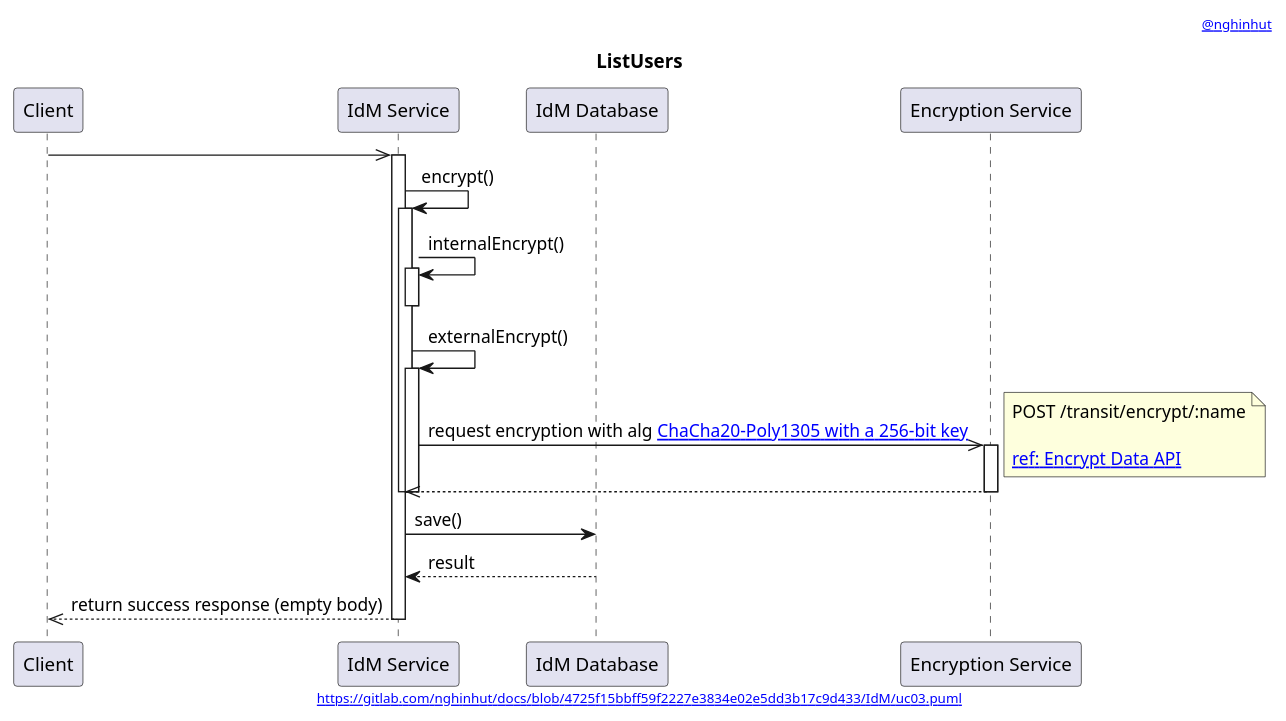
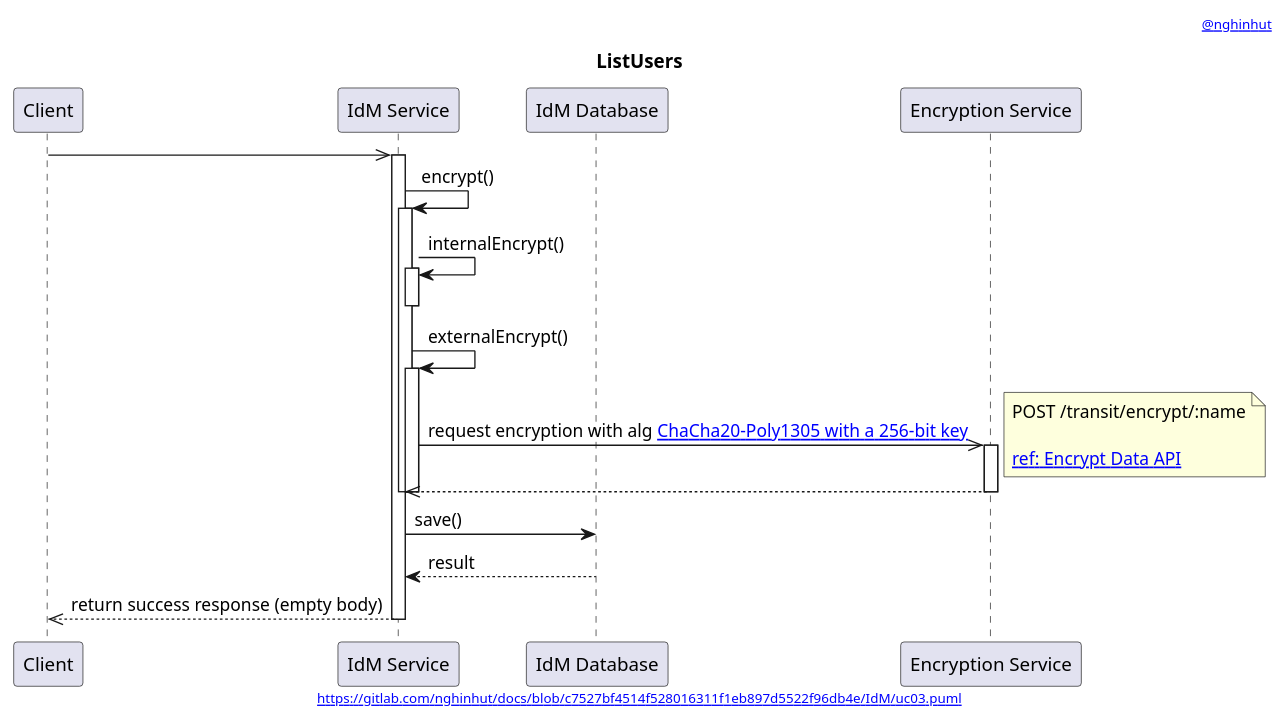
Before and after one commit to nghinhut/docs: the diagram in IdM/uc03.sequence.puml, drawn with PlantUML. The commit also changed 17 other files, not shown here.

Commit message:
Update diagrams

```diff
--- a/IdM/uc03.sequence.puml
+++ b/IdM/uc03.sequence.puml
@@ -1,43 +1,43 @@
 @startuml
 '-----START auto generated metadata please keep comment here to allow auto update-----
 '-----DON'T EDIT THIS SECTION, INSTEAD RE-RUN prebuild.sh TO UPDATE-----
 header [[mailto:nghinhut@gmail.com @nghinhut]]
-footer [[http://www.plantuml.com/plantuml/proxy?fmt=svg&src=https://gitlab.com/nghinhut/docs/raw/4725f15bbff59f2227e3834e02e5dd3b17c9d433/IdM/uc03.puml https://gitlab.com/nghinhut/docs/blob/4725f15bbff59f2227e3834e02e5dd3b17c9d433/IdM/uc03.puml]]
+footer [[http://www.plantuml.com/plantuml/proxy?fmt=svg&src=https://gitlab.com/nghinhut/docs/raw/c7527bf4514f528016311f1eb897d5522f96db4e/IdM/uc03.puml https://gitlab.com/nghinhut/docs/blob/c7527bf4514f528016311f1eb897d5522f96db4e/IdM/uc03.puml]]
 '-----END auto generated metadata please keep comment here to allow auto update-----
 title ListUsers
 
 participant "Client" as client
 participant "IdM Service" as idm
 participant "IdM Database" as db
 participant "Encryption Service" as es
 
 client ->> idm
 activate idm
 
 idm -> idm : encrypt()
 activate idm
 idm -> idm : internalEncrypt()
 activate idm
 deactivate idm
 
 idm -> idm : externalEncrypt()
 activate idm
 idm ->> es : request encryption with alg [[https://www.vaultproject.io/docs/secrets/transit/index.html#chacha20-poly1305 ChaCha20-Poly1305 with a 256-bit key]]
 note right
     POST /transit/encrypt/:name
 
     [[https://www.vaultproject.io/api/secret/transit/index.html#encrypt-data ref: Encrypt Data API]]
 end note
 activate es
 idm <<-- es
 deactivate es
 deactivate idm
 deactivate idm
 
 idm -> db : save()
 idm <-- db : result
 
 client <<-- idm : return success response (empty body)
 deactivate idm
 
 @enduml
```
